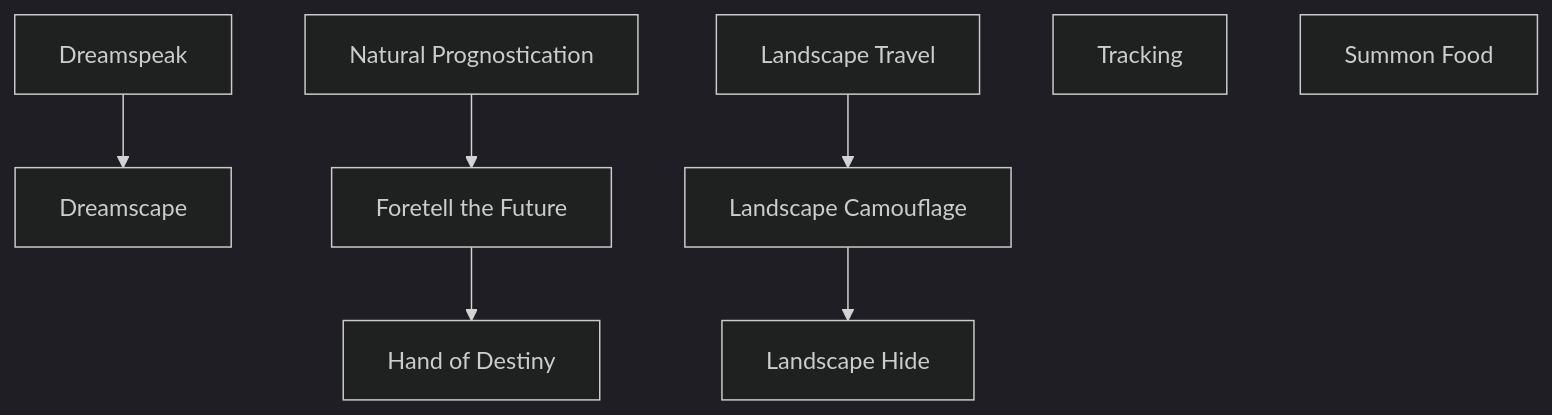
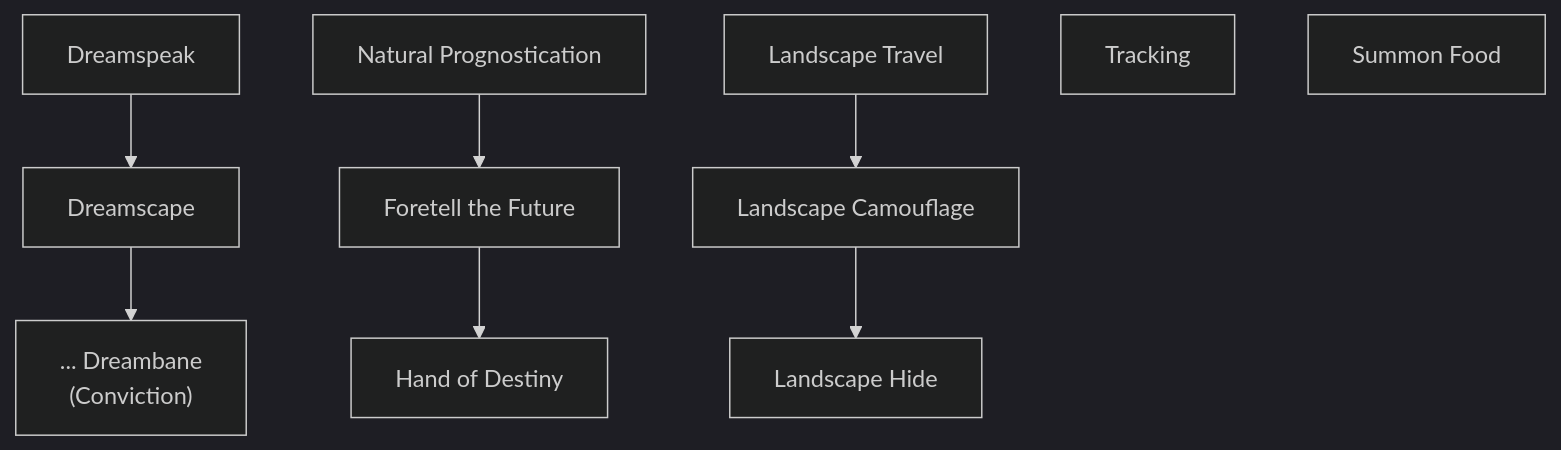
One commit to jrobichaud/exalted-charms-1e changed the diagram in docs/mermaid/spirits/compassion_2.mmd. Above: the diagram before and after it, drawn with Mermaid. The commit also changed 4 other files, not shown here.

```diff
--- a/docs/mermaid/spirits/compassion_2.mmd
+++ b/docs/mermaid/spirits/compassion_2.mmd
@@ -230,3 +230,5 @@
         five motes, the food summoned is edible. For ten motes, the
         food is some of the finest nourishment ever tasted.
         "
+
+    dreamscape --> dreambane["... Dreambane<br>(Conviction)"]
```
